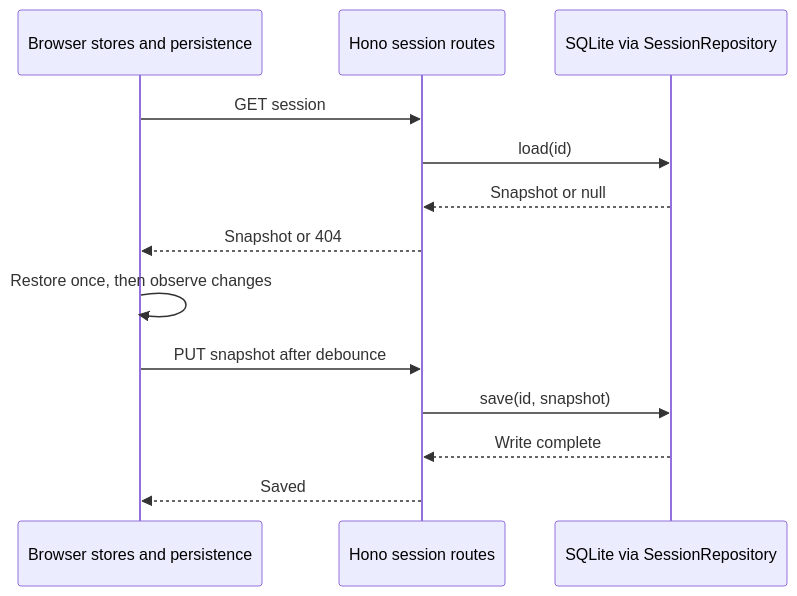
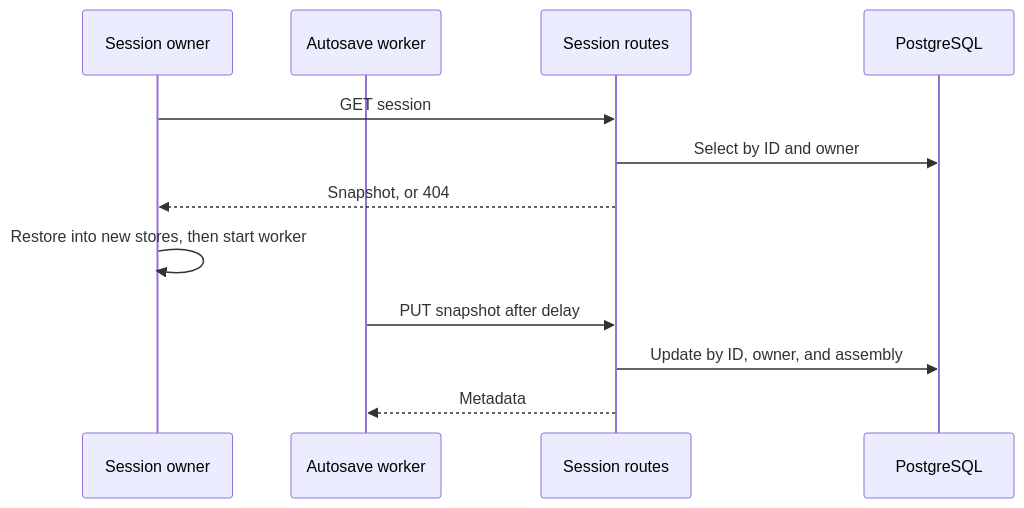
One commit to weng-lab/genomebrowser changed the third of 3 diagrams in apps/web/docs/02-guides/dataFlow.md. Above: the diagram before and after it, drawn with Mermaid. The commit also changed other lines of this file and 187 other files, not shown here.

Commit message:
Refactor app architecture around sessions and optional MCP (#357)

````diff
--- a/apps/web/docs/02-guides/dataFlow.md
+++ b/apps/web/docs/02-guides/dataFlow.md
@@ -73,15 +76,14 @@
 ```mermaid
 sequenceDiagram
-  participant Tab as Browser stores and persistence
-  participant Server as Hono session routes
-  participant DB as SQLite via SessionRepository
-  Tab->>Server: GET session
-  Server->>DB: load(id)
-  DB-->>Server: Snapshot or null
-  Server-->>Tab: Snapshot or 404
-  Tab->>Tab: Restore once, then observe changes
-  Tab->>Server: PUT snapshot after debounce
-  Server->>DB: save(id, snapshot)
-  DB-->>Server: Write complete
-  Server-->>Tab: Saved
+  participant Owner as Session owner
+  participant Worker as Autosave worker
+  participant Routes as Session routes
+  participant DB as PostgreSQL
+  Owner->>Routes: GET session
+  Routes->>DB: Select by ID and owner
+  Routes-->>Owner: Snapshot, or 404
+  Owner->>Owner: Restore into new stores, then start worker
+  Worker->>Routes: PUT snapshot after delay
+  Routes->>DB: Update by ID, owner, and assembly
+  Routes-->>Worker: Metadata
 ```
````
